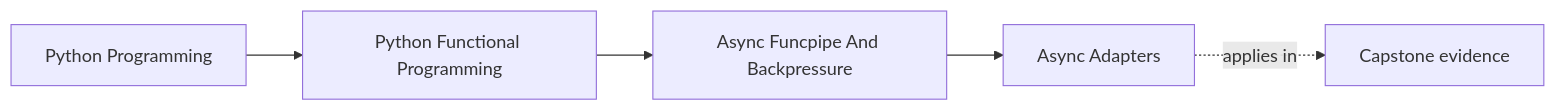
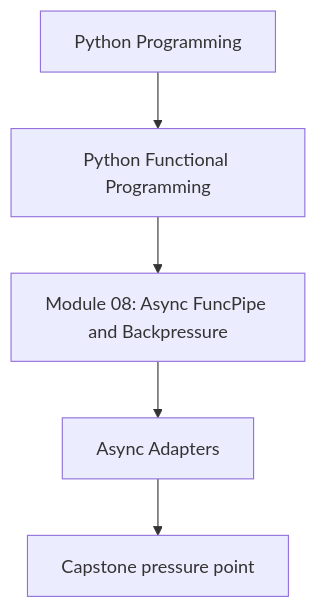
One commit to bijux/bijux-masterclass changed the first of 2 diagrams in programs/python-programming/python-functional-programming/course-book/module-08-async-funcpipe-and-backpressure/async-adapters.md. Above: the diagram before and after it, drawn with Mermaid. The commit also changed other lines of this file and 118 other files, not shown here.

Commit message:
docs(python-functional-programming): align concept page diagrams

````diff
--- a/programs/python-programming/python-functional-programming/course-book/module-08-async-funcpipe-and-backpressure/async-adapters.md
+++ b/programs/python-programming/python-functional-programming/course-book/module-08-async-funcpipe-and-backpressure/async-adapters.md
@@ -7,11 +7,7 @@
 ```mermaid
-graph LR
-  family["Python Programming"]
-  program["Python Functional Programming"]
-  section["Async Funcpipe And Backpressure"]
-  page["Async Adapters"]
-  capstone["Capstone evidence"]
-
-  family --> program --> section --> page
-  page -.applies in.-> capstone
+flowchart TD
+  family["Python Programming"] --> program["Python Functional Programming"]
+  program --> module["Module 08: Async FuncPipe and Backpressure"]
+  module --> concept["Async Adapters"]
+  concept --> capstone["Capstone pressure point"]
 ```
````
